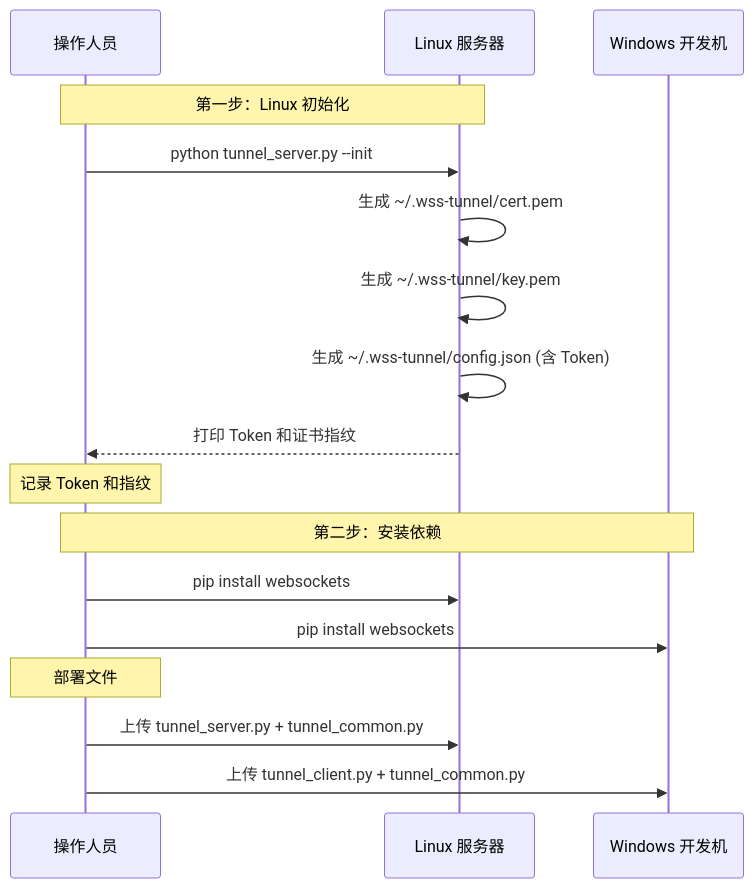
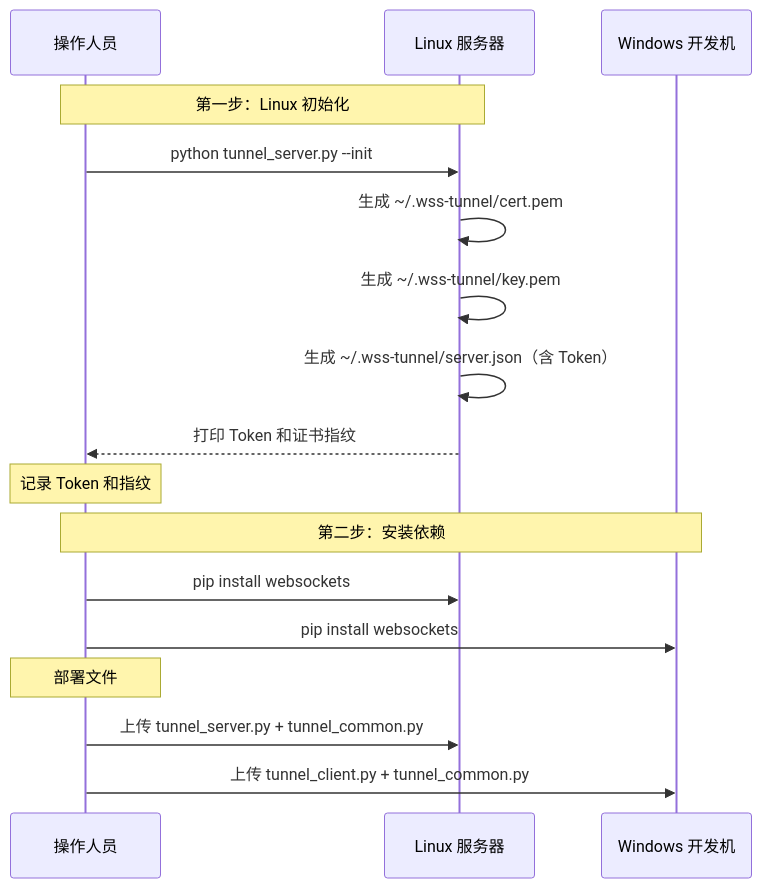
One commit to scutshuxue/ai-coding-research changed diagram 15 of 18 in dev_project/proxy-tunnel/wss-tunnel-design.md. Above: the diagram before and after it, drawn with Mermaid. The commit also changed other lines of this file and 1 other file, not shown here.

First line of the commit message:
docs: 同步 WSS 隧道设计文档和实施计划与实际代码实现

````diff
--- a/dev_project/proxy-tunnel/wss-tunnel-design.md
+++ b/dev_project/proxy-tunnel/wss-tunnel-design.md
@@ -577,23 +596,23 @@
 ```mermaid
 sequenceDiagram
     participant Admin as 操作人员
     participant Linux as Linux 服务器
     participant Windows as Windows 开发机
 
     Note over Admin,Linux: 第一步：Linux 初始化
     Admin->>Linux: python tunnel_server.py --init
     Linux->>Linux: 生成 ~/.wss-tunnel/cert.pem
     Linux->>Linux: 生成 ~/.wss-tunnel/key.pem
-    Linux->>Linux: 生成 ~/.wss-tunnel/config.json (含 Token)
+    Linux->>Linux: 生成 ~/.wss-tunnel/server.json（含 Token）
     Linux-->>Admin: 打印 Token 和证书指纹
 
     Note over Admin: 记录 Token 和指纹
 
     Note over Admin,Windows: 第二步：安装依赖
     Admin->>Linux: pip install websockets
     Admin->>Windows: pip install websockets
 
     Note over Admin: 部署文件
     Admin->>Linux: 上传 tunnel_server.py + tunnel_common.py
     Admin->>Windows: 上传 tunnel_client.py + tunnel_common.py
 ```
````
